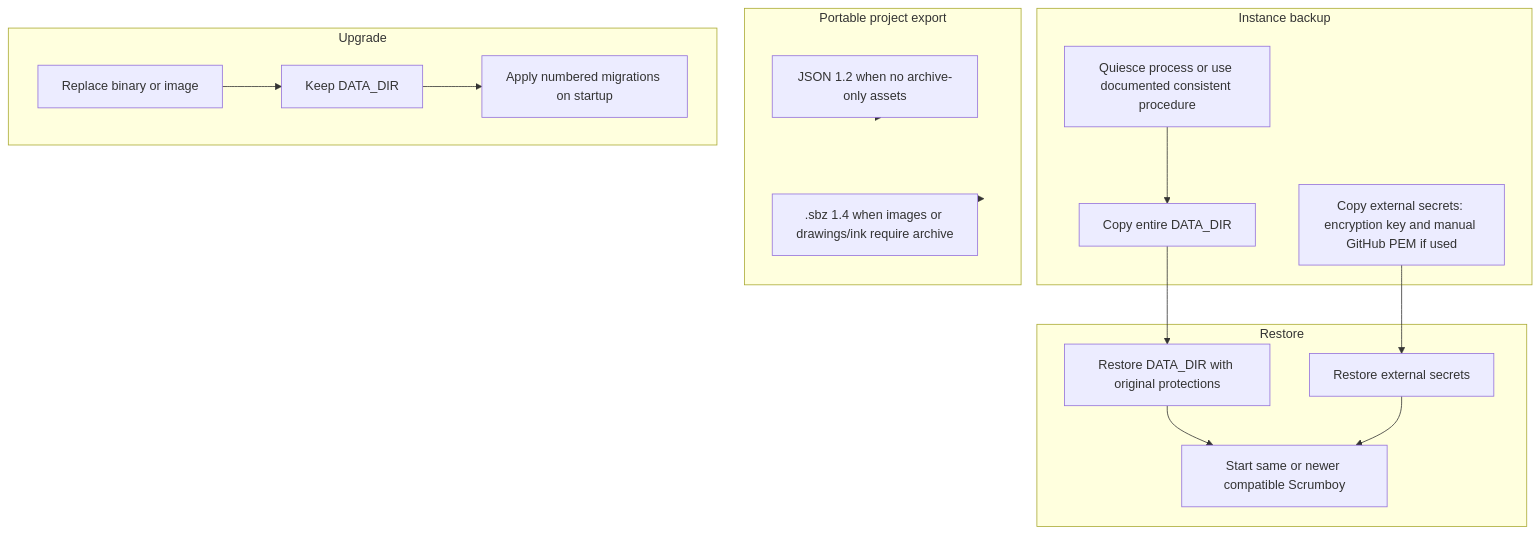
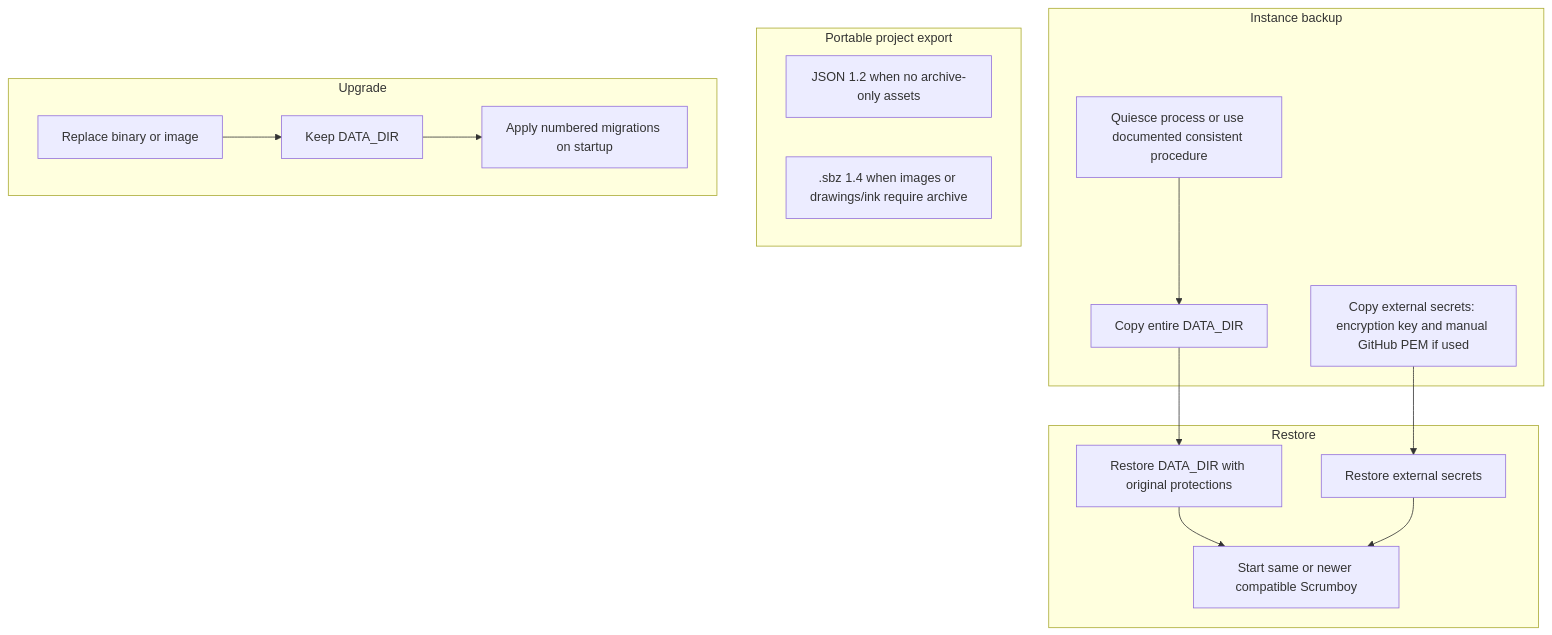
Before and after one commit to markrai/scrumboy: the third of 3 diagrams in docs/diagrams/scrumboy_deployment_ops.md, drawn with Mermaid. The commit also changed other lines of this file and 3 other files, not shown here.

First line of the commit message:
docs(diagrams): harden viewer syntax and mark v3.43 audit

````diff
--- a/docs/diagrams/scrumboy_deployment_ops.md
+++ b/docs/diagrams/scrumboy_deployment_ops.md
@@ -78,31 +78,29 @@
 ```mermaid
 flowchart TB
   subgraph backup [Instance backup]
     Stop[Quiesce process or use documented consistent procedure]
     Copy[Copy entire DATA_DIR]
     Secrets[Copy external secrets: encryption key and manual GitHub PEM if used]
   end
 
   subgraph logical [Portable project export]
     Export[JSON 1.2 when no archive-only assets]
     SBZ[".sbz 1.4 when images or drawings/ink require archive"]
   end
 
   subgraph restore [Restore]
     Files[Restore DATA_DIR with original protections]
     External[Restore external secrets]
     Start[Start same or newer compatible Scrumboy]
   end
 
   subgraph upgrade [Upgrade]
     NewBin[Replace binary or image]
     SameData[Keep DATA_DIR]
     AutoMig[Apply numbered migrations on startup]
   end
 
   Stop --> Copy --> Files --> Start
   Secrets --> External --> Start
-  Export --> logical
-  SBZ --> logical
   NewBin --> SameData --> AutoMig
 ```
````
